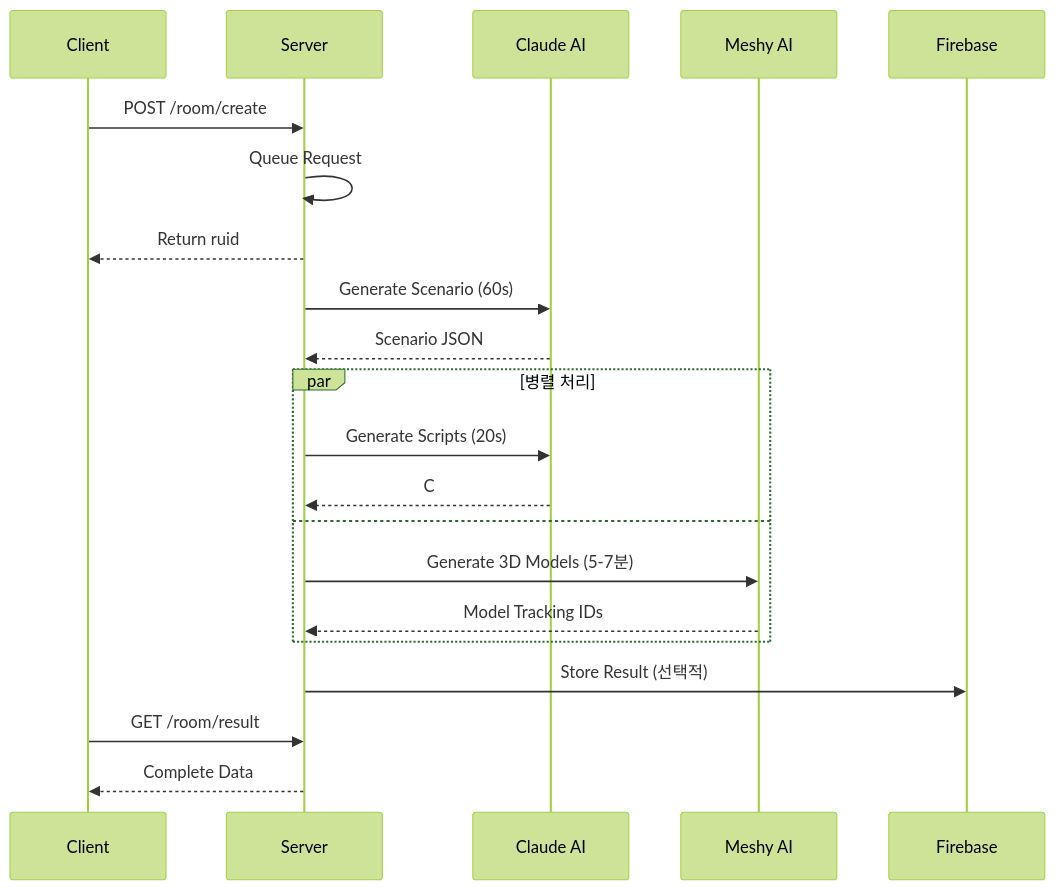
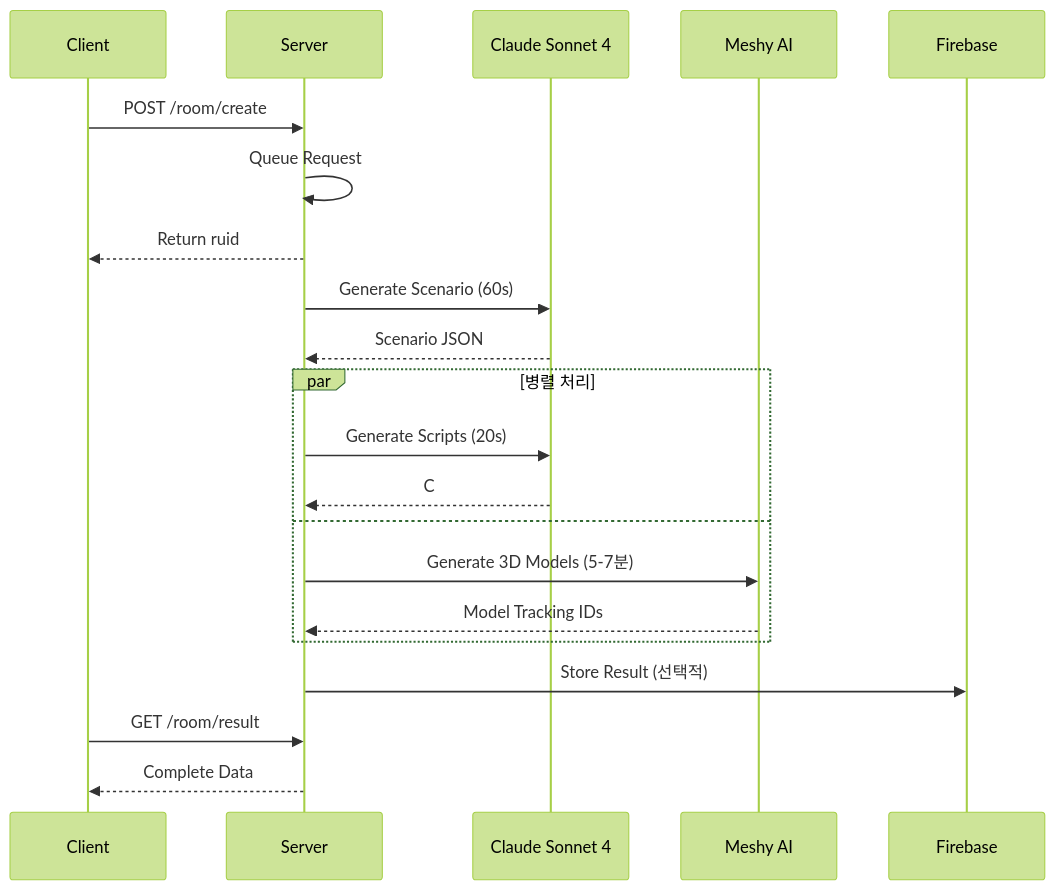
The second of 2 diagrams in project-overview/tech-stack.md (Febriez/eroom-docs), drawn with Mermaid (forest theme) before and after one commit. The commit also changed other lines of this file and 25 other files, not shown here.

```diff
--- a/project-overview/tech-stack.md
+++ b/project-overview/tech-stack.md
@@ -226,29 +231,28 @@
 {% mermaid %}
 sequenceDiagram
 participant C as Client
 participant S as Server
-participant CL as Claude AI
+participant CL as Claude Sonnet 4
 participant ME as Meshy AI
 participant FB as Firebase
 
     C->>S: POST /room/create
     S->>S: Queue Request
     S-->>C: Return ruid
 
     S->>CL: Generate Scenario (60s)
     CL-->>S: Scenario JSON
 
     par 병렬 처리
         S->>CL: Generate Scripts (20s)
         CL-->>S: C# Scripts (Base64)
     and
         S->>ME: Generate 3D Models (5-7분)
         ME-->>S: Model Tracking IDs
     end
 
     S->>FB: Store Result (선택적)
 
     C->>S: GET /room/result
     S-->>C: Complete Data
-
 {% endmermaid %}
```
